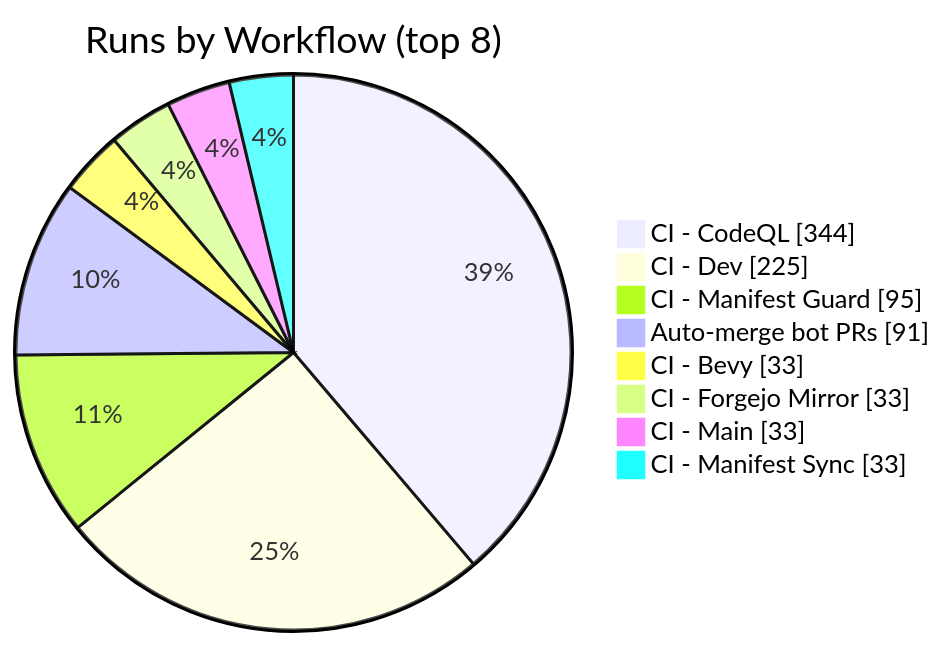
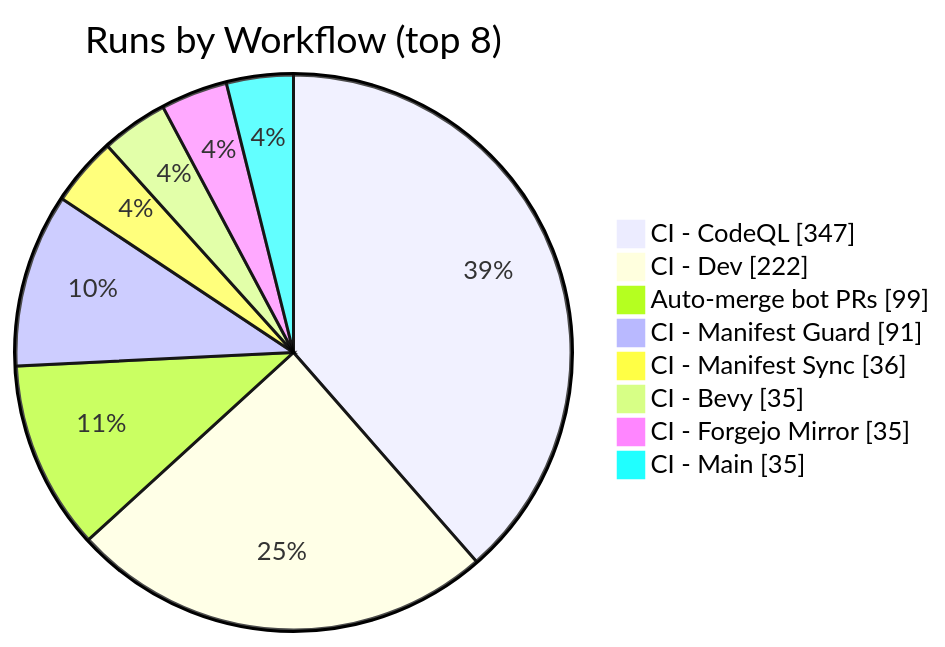
One commit to KBVE/kbve changed the second of 2 diagrams in apps/kbve/astro-kbve/src/content/docs/dashboard/ci-health.mdx. Above: the diagram before and after it, drawn with Mermaid. The commit also changed other lines of this file and 1 other file, not shown here.

````diff
--- a/apps/kbve/astro-kbve/src/content/docs/dashboard/ci-health.mdx
+++ b/apps/kbve/astro-kbve/src/content/docs/dashboard/ci-health.mdx
@@ -200,12 +200,12 @@
 ```mermaid
 pie showData
     title Runs by Workflow (top 8)
-    "CI - CodeQL" : 344
-    "CI - Dev" : 225
-    "CI - Manifest Guard" : 95
-    "Auto-merge bot PRs" : 91
-    "CI - Bevy" : 33
-    "CI - Forgejo Mirror" : 33
-    "CI - Main" : 33
-    "CI - Manifest Sync" : 33
+    "CI - CodeQL" : 347
+    "CI - Dev" : 222
+    "Auto-merge bot PRs" : 99
+    "CI - Manifest Guard" : 91
+    "CI - Manifest Sync" : 36
+    "CI - Bevy" : 35
+    "CI - Forgejo Mirror" : 35
+    "CI - Main" : 35
 ```
````
